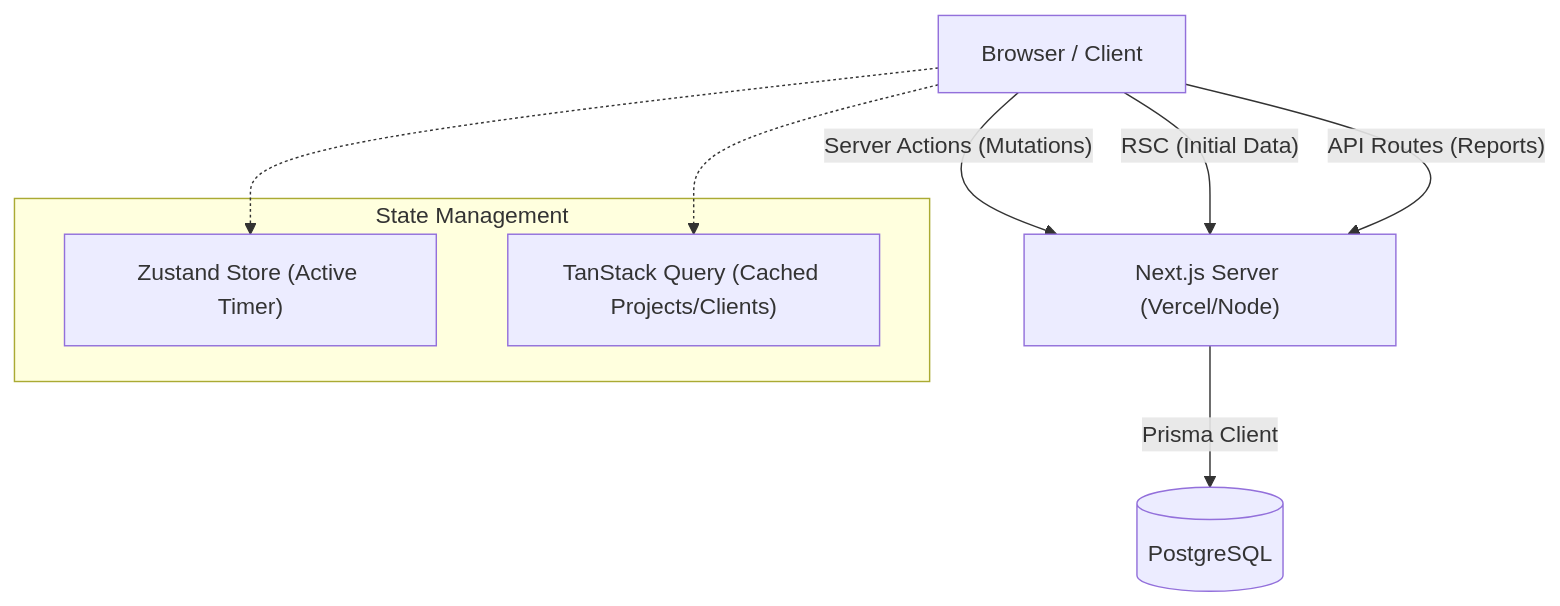
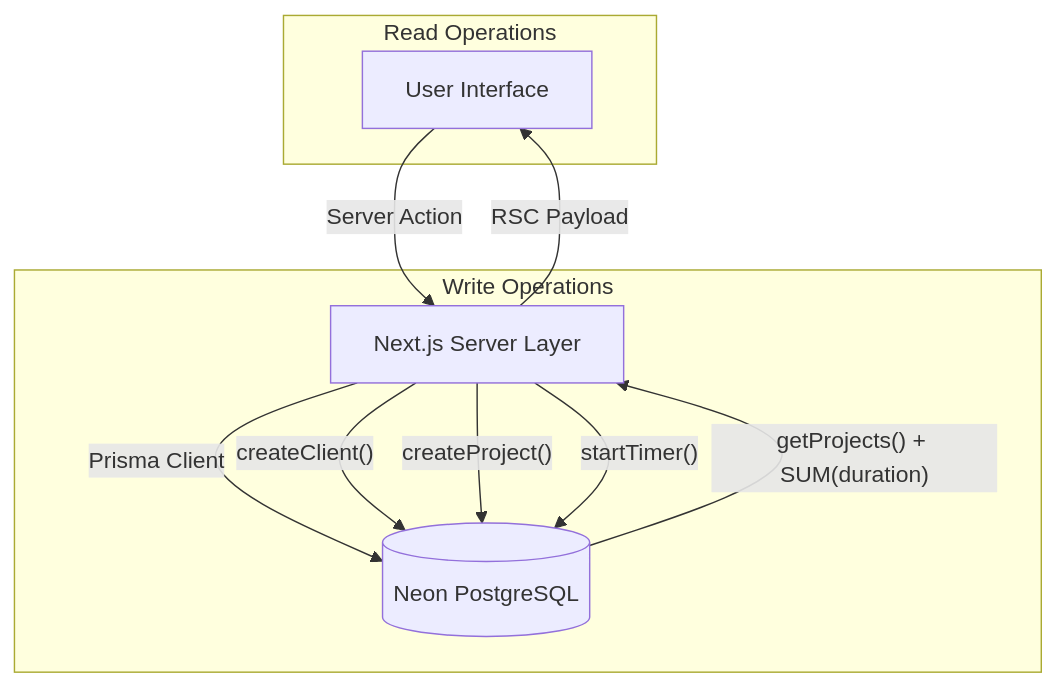
The first of 2 diagrams in PROJECT_BLUEPRINT.md (filio623/chronos), drawn with Mermaid before and after one commit. The commit also changed other lines of this file and 21 other files, not shown here.

Commit message:
feat: Connect UI to real Neon DB with Prisma and Server Actions

````diff
--- a/PROJECT_BLUEPRINT.md
+++ b/PROJECT_BLUEPRINT.md
@@ -101,20 +16,16 @@
 ```mermaid
 graph TD
-    Client["Browser / Client"]
-    Server["Next.js Server (Vercel/Node)"]
-    DB[("PostgreSQL")]
-
-    Client -- "Server Actions (Mutations)" --> Server
-    Client -- "RSC (Initial Data)" --> Server
-    Client -- "API Routes (Reports)" --> Server
+    User[User Interface] -->|Server Action| API[Next.js Server Layer]
+    API -->|Prisma Client| DB[(Neon PostgreSQL)]
     
-    Server -- "Prisma Client" --> DB
-    
-    subgraph "State Management"
-        Zustand["Zustand Store (Active Timer)"]
-        Query["TanStack Query (Cached Projects/Clients)"]
+    subgraph "Write Operations"
+        API -- "createClient()" --> DB
+        API -- "createProject()" --> DB
+        API -- "startTimer()" --> DB
     end
     
-    Client -.-> Zustand
-    Client -.-> Query
+    subgraph "Read Operations"
+        DB -- "getProjects() + SUM(duration)" --> API
+        API -- "RSC Payload" --> User
+    end
 ```
````
